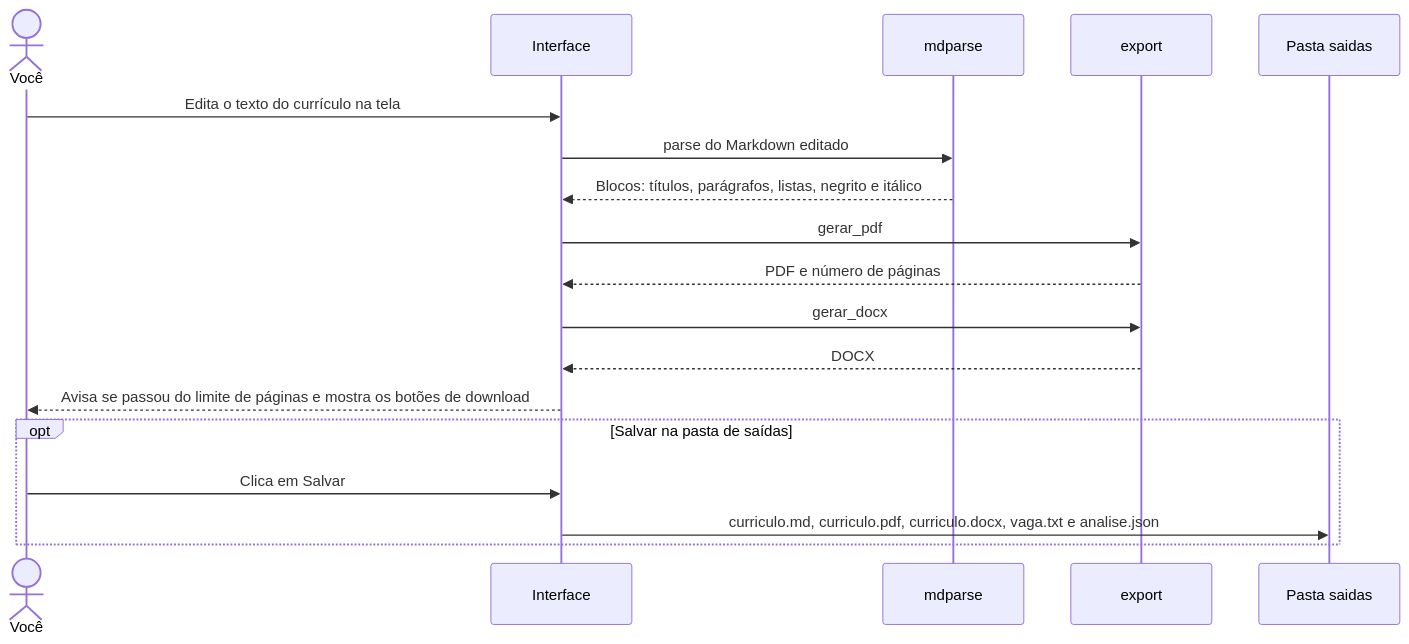
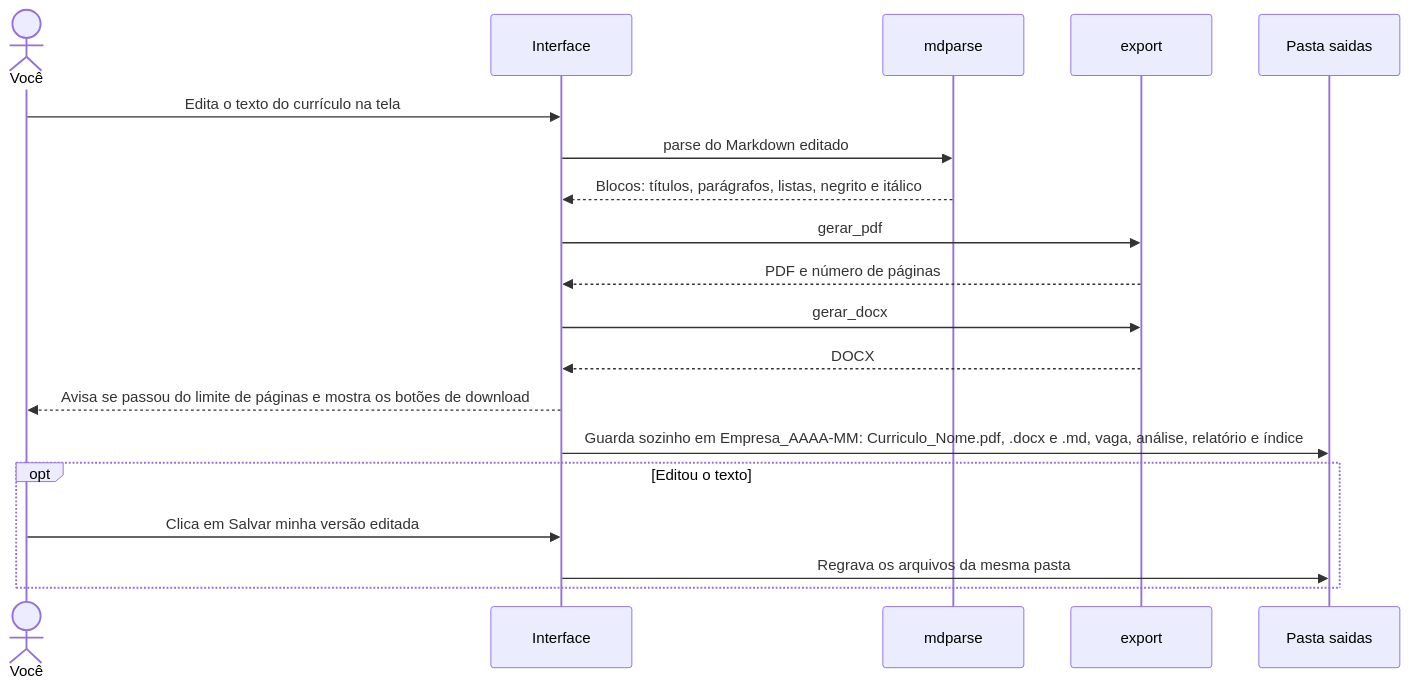
The ninth of 9 diagrams in README.md (feeslopes/assistente_curriculo), drawn with Mermaid before and after one commit. The commit also changed other lines of this file and 28 other files, not shown here.

````diff
--- a/README.md
+++ b/README.md
@@ -450,21 +458,22 @@
 ```mermaid
 sequenceDiagram
   actor V as Você
   participant UI as Interface
   participant M as mdparse
   participant E as export
   participant S as Pasta saidas
 
   V->>UI: Edita o texto do currículo na tela
   UI->>M: parse do Markdown editado
   M-->>UI: Blocos: títulos, parágrafos, listas, negrito e itálico
   UI->>E: gerar_pdf
   E-->>UI: PDF e número de páginas
   UI->>E: gerar_docx
   E-->>UI: DOCX
   UI-->>V: Avisa se passou do limite de páginas e mostra os botões de download
-  opt Salvar na pasta de saídas
-    V->>UI: Clica em Salvar
-    UI->>S: curriculo.md, curriculo.pdf, curriculo.docx, vaga.txt e analise.json
+  UI->>S: Guarda sozinho em Empresa_AAAA-MM: Curriculo_Nome.pdf, .docx e .md, vaga, análise, relatório e índice
+  opt Editou o texto
+    V->>UI: Clica em Salvar minha versão editada
+    UI->>S: Regrava os arquivos da mesma pasta
   end
 ```
````
